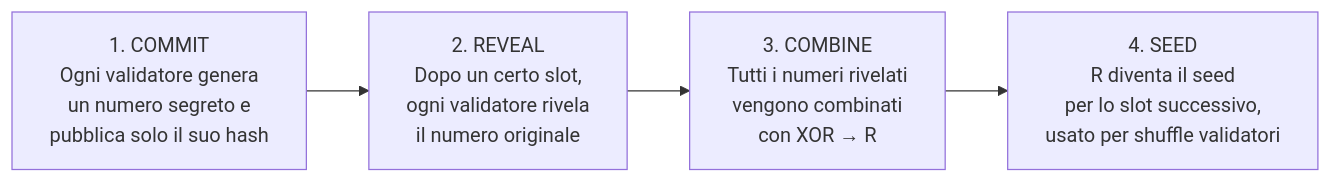
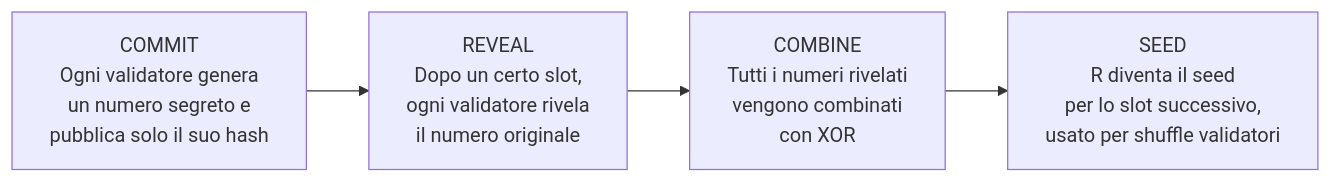
One commit to mariostabile1/Appunti-Universitari-Magistrale changed the third of 5 diagrams in 2 Semestre 1 Anno/Peer to Peer Systems and Blockchain/Lezione 25 - Ethereum Consensus - Proof of Stake.md. Above: the diagram before and after it, drawn with Mermaid. The commit also changed 1 other file, not shown here.

Commit message:
vault backup: 2026-04-29 15:02:31

````diff
--- a/2 Semestre 1 Anno/Peer to Peer Systems and Blockchain/Lezione 25 - Ethereum Consensus - Proof of Stake.md
+++ b/2 Semestre 1 Anno/Peer to Peer Systems and Blockchain/Lezione 25 - Ethereum Consensus - Proof of Stake.md
@@ -148,7 +148,7 @@
 ```mermaid
 %%{init: {"flowchart": {"useMaxWidth": true}}}%%
 flowchart LR
-    A["1. COMMIT<br/>Ogni validatore genera<br/>un numero segreto e<br/>pubblica solo il suo hash"] --> B["2. REVEAL<br/>Dopo un certo slot,<br/>ogni validatore rivela<br/>il numero originale"]
-    B --> C["3. COMBINE<br/>Tutti i numeri rivelati<br/>vengono combinati<br/>con XOR → R"]
-    C --> D["4. SEED<br/>R diventa il seed<br/>per lo slot successivo,<br/>usato per shuffle validatori"]
+    A["COMMIT<br/>Ogni validatore genera<br/>un numero segreto e<br/>pubblica solo il suo hash"] --> B["REVEAL<br/>Dopo un certo slot,<br/>ogni validatore rivela<br/>il numero originale"]
+    B --> C["COMBINE<br/>Tutti i numeri rivelati<br/>vengono combinati<br/>con XOR"]
+    C --> D["SEED<br/>R diventa il seed<br/>per lo slot successivo,<br/>usato per shuffle validatori"]
 ```
````
